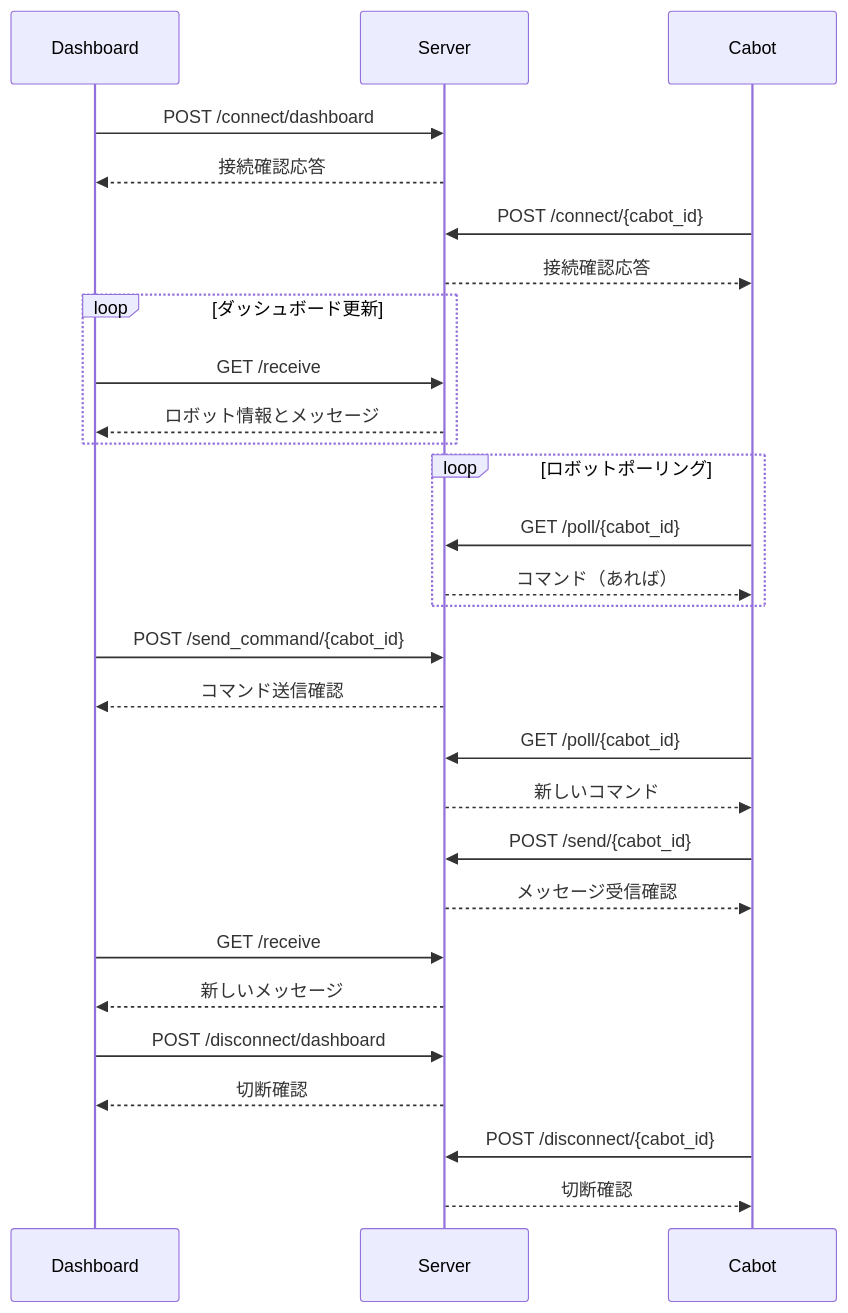
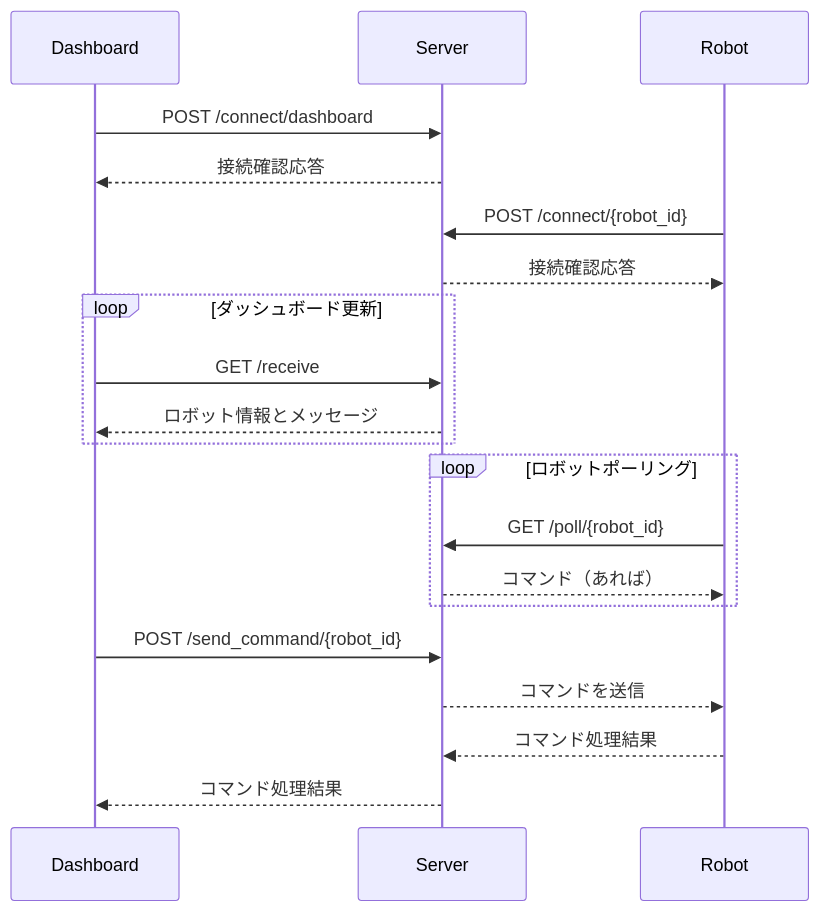
One commit to CMU-cabot/cabot-dashboard changed the second of 2 diagrams in README.md. Above: the diagram before and after it, drawn with Mermaid. The commit also changed other lines of this file, not shown here.

Commit message:
Updated sequence diagram

````diff
--- a/README.md
+++ b/README.md
@@ -87,40 +87,27 @@
 ``` mermaid
 sequenceDiagram
     participant Dashboard
     participant Server
-    participant Cabot
+    participant Robot
 
     Dashboard->>Server: POST /connect/dashboard
     Server-->>Dashboard: 接続確認応答
 
-    Cabot->>Server: POST /connect/{cabot_id}
-    Server-->>Cabot: 接続確認応答
+    Robot->>Server: POST /connect/{robot_id}
+    Server-->>Robot: 接続確認応答
 
     loop ダッシュボード更新
         Dashboard->>Server: GET /receive
         Server-->>Dashboard: ロボット情報とメッセージ
     end
 
     loop ロボットポーリング
-        Cabot->>Server: GET /poll/{cabot_id}
-        Server-->>Cabot: コマンド（あれば）
+        Robot->>Server: GET /poll/{robot_id}
+        Server-->>Robot: コマンド（あれば）
     end
 
-    Dashboard->>Server: POST /send_command/{cabot_id}
-    Server-->>Dashboard: コマンド送信確認
-
-    Cabot->>Server: GET /poll/{cabot_id}
-    Server-->>Cabot: 新しいコマンド
-
-    Cabot->>Server: POST /send/{cabot_id}
-    Server-->>Cabot: メッセージ受信確認
-
-    Dashboard->>Server: GET /receive
-    Server-->>Dashboard: 新しいメッセージ
-
-    Dashboard->>Server: POST /disconnect/dashboard
-    Server-->>Dashboard: 切断確認
-
-    Cabot->>Server: POST /disconnect/{cabot_id}
-    Server-->>Cabot: 切断確認
+    Dashboard->>Server: POST /send_command/{robot_id}
+    Server-->>Robot: コマンドを送信
+    Robot-->>Server: コマンド処理結果
+    Server-->>Dashboard: コマンド処理結果
 ```
````
